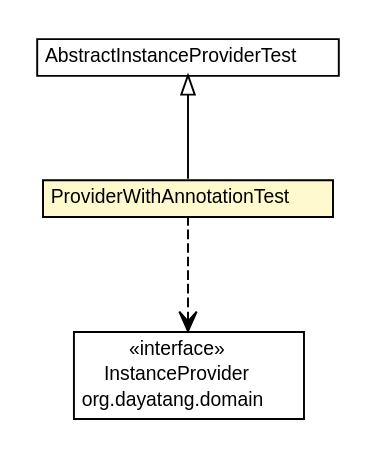
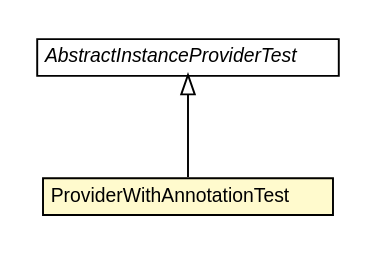
Before and after one commit to dayatang/dddlib: the diagram in dddlib-ioc/dddlib-ioc-spring/testapidocs/org/dayatang/ioc/spring/factory/ProviderWithAnnotationTest.dot, drawn with Graphviz. The commit also changed 127 other files, not shown here.

```diff
--- a/dddlib-ioc/dddlib-ioc-spring/testapidocs/org/dayatang/ioc/spring/factory/ProviderWithAnnotationTest.dot
+++ b/dddlib-ioc/dddlib-ioc-spring/testapidocs/org/dayatang/ioc/spring/factory/ProviderWithAnnotationTest.dot
@@ -1,36 +1,26 @@
 #!/usr/local/bin/dot
 #
 # Class diagram 
 # Generated by UMLGraph version R5_6_6-8-g8d7759 (http://www.umlgraph.org/)
 #
 
 digraph G {
 	edge [fontname="Helvetica",fontsize=10,labelfontname="Helvetica",labelfontsize=10];
 	node [fontname="Helvetica",fontsize=10,shape=plaintext];
 	nodesep=0.25;
 	ranksep=0.5;
 	// org.dayatang.ioc.spring.factory.ProviderWithAnnotationTest
-	c19 [label=<<table title="org.dayatang.ioc.spring.factory.ProviderWithAnnotationTest" border="0" cellborder="1" cellspacing="0" cellpadding="2" port="p" bgcolor="lemonChiffon" href="./ProviderWithAnnotationTest.html">
+	c17 [label=<<table title="org.dayatang.ioc.spring.factory.ProviderWithAnnotationTest" border="0" cellborder="1" cellspacing="0" cellpadding="2" port="p" bgcolor="lemonChiffon" href="./ProviderWithAnnotationTest.html">
 		<tr><td><table border="0" cellspacing="0" cellpadding="1">
 <tr><td align="center" balign="center"> ProviderWithAnnotationTest </td></tr>
 		</table></td></tr>
 		</table>>, URL="./ProviderWithAnnotationTest.html", fontname="Helvetica", fontcolor="black", fontsize=10.0];
-	//org.dayatang.ioc.spring.factory.ProviderWithAnnotationTest extends AbstractInstanceProviderTest
-	c20:p -> c19:p [dir=back,arrowtail=empty];
-	// org.dayatang.ioc.spring.factory.ProviderWithAnnotationTest DEPEND org.dayatang.domain.InstanceProvider
-	c19:p -> c22:p [taillabel="", label=" "headlabel="", fontname="Helvetica", fontcolor="black", fontsize=10.0, color="black", arrowhead=open, style=dashed];
-	// AbstractInstanceProviderTest
-	c20[label=<<table title="AbstractInstanceProviderTest" border="0" cellborder="1" cellspacing="0" cellpadding="2" port="p" href="http://java.sun.com/j2se/1.4.2/docs/api//AbstractInstanceProviderTest.html">
+	//org.dayatang.ioc.spring.factory.ProviderWithAnnotationTest extends org.dayatang.ioc.test.AbstractInstanceProviderTest
+	c18:p -> c17:p [dir=back,arrowtail=empty];
+	// org.dayatang.ioc.test.AbstractInstanceProviderTest
+	c18 [label=<<table title="org.dayatang.ioc.test.AbstractInstanceProviderTest" border="0" cellborder="1" cellspacing="0" cellpadding="2" port="p">
 		<tr><td><table border="0" cellspacing="0" cellpadding="1">
-<tr><td align="center" balign="center"> AbstractInstanceProviderTest </td></tr>
+<tr><td align="center" balign="center"><font face="Helvetica-Oblique"> AbstractInstanceProviderTest </font></td></tr>
 		</table></td></tr>
-		</table>>, fontname="Helvetica", fontcolor="black", fontsize=10.0];
-	// org.dayatang.domain.InstanceProvider
-	c22 [label=<<table title="org.dayatang.domain.InstanceProvider" border="0" cellborder="1" cellspacing="0" cellpadding="2" port="p" href="http://java.sun.com/j2se/1.4.2/docs/api/org/dayatang/domain/InstanceProvider.html">
-		<tr><td><table border="0" cellspacing="0" cellpadding="1">
-<tr><td align="center" balign="center"> &#171;interface&#187; </td></tr>
-<tr><td align="center" balign="center"> InstanceProvider </td></tr>
-<tr><td align="center" balign="center"> org.dayatang.domain </td></tr>
-		</table></td></tr>
-		</table>>, URL="http://java.sun.com/j2se/1.4.2/docs/api/org/dayatang/domain/InstanceProvider.html", fontname="Helvetica", fontcolor="black", fontsize=10.0];
+		</table>>, URL="null", fontname="Helvetica", fontcolor="black", fontsize=10.0];
 }
```
